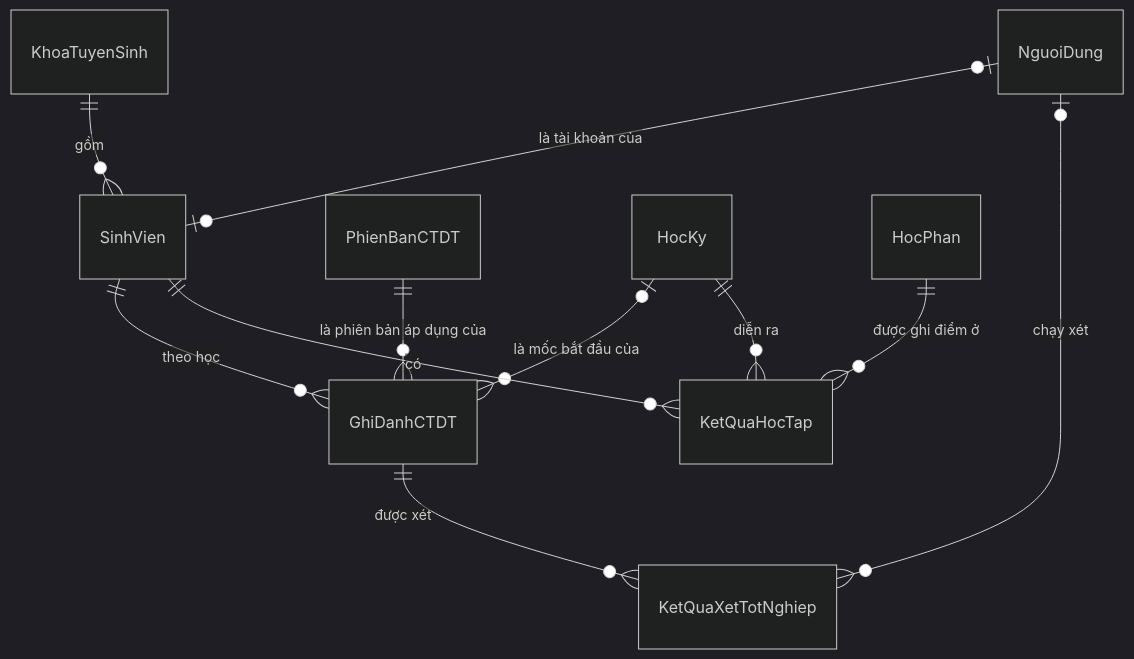
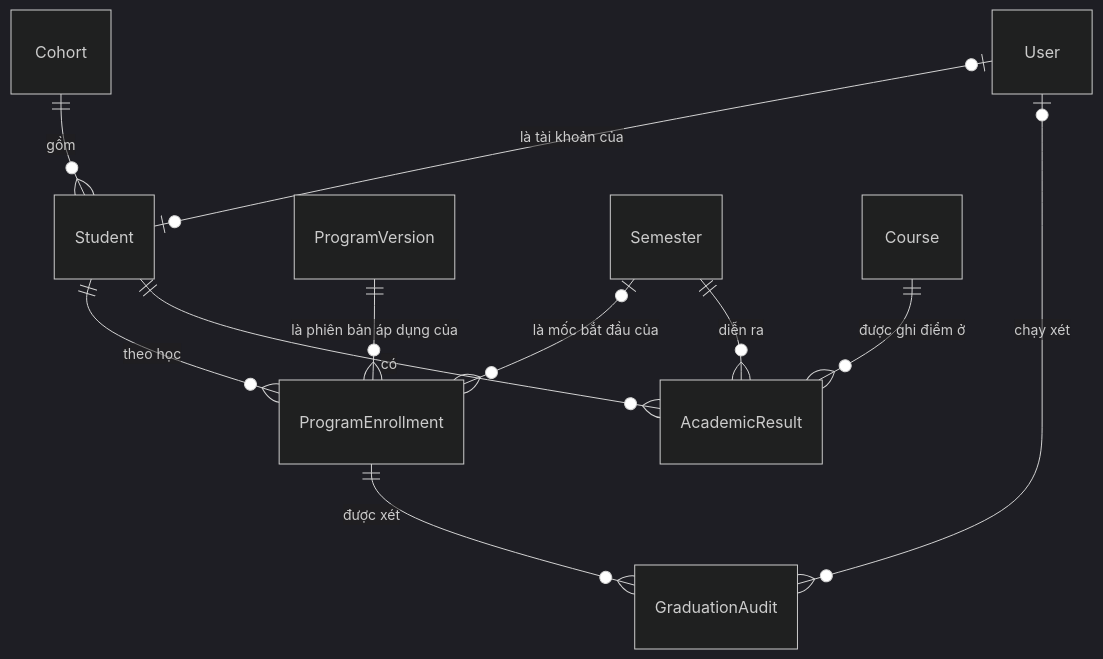
Before and after one commit to 4UT15T1Ck/curriculum-management: the sixth of 7 diagrams in docs/design/erd.md, drawn with Mermaid (dark theme). The commit also changed other lines of this file and 71 other files, not shown here.

````diff
--- a/docs/design/erd.md
+++ b/docs/design/erd.md
@@ -142,13 +145,13 @@
 ```mermaid
 erDiagram
-    KhoaTuyenSinh ||--o{ SinhVien : "gồm"
-    NguoiDung |o--o| SinhVien : "là tài khoản của"
-    SinhVien ||--o{ GhiDanhCTDT : "theo học"
-    PhienBanCTDT ||--o{ GhiDanhCTDT : "là phiên bản áp dụng của"
-    HocKy |o--o{ GhiDanhCTDT : "là mốc bắt đầu của"
-    SinhVien ||--o{ KetQuaHocTap : "có"
-    HocPhan ||--o{ KetQuaHocTap : "được ghi điểm ở"
-    HocKy ||--o{ KetQuaHocTap : "diễn ra"
-    GhiDanhCTDT ||--o{ KetQuaXetTotNghiep : "được xét"
-    NguoiDung |o--o{ KetQuaXetTotNghiep : "chạy xét"
+    Cohort ||--o{ Student : "gồm"
+    User |o--o| Student : "là tài khoản của"
+    Student ||--o{ ProgramEnrollment : "theo học"
+    ProgramVersion ||--o{ ProgramEnrollment : "là phiên bản áp dụng của"
+    Semester |o--o{ ProgramEnrollment : "là mốc bắt đầu của"
+    Student ||--o{ AcademicResult : "có"
+    Course ||--o{ AcademicResult : "được ghi điểm ở"
+    Semester ||--o{ AcademicResult : "diễn ra"
+    ProgramEnrollment ||--o{ GraduationAudit : "được xét"
+    User |o--o{ GraduationAudit : "chạy xét"
 ```
````
